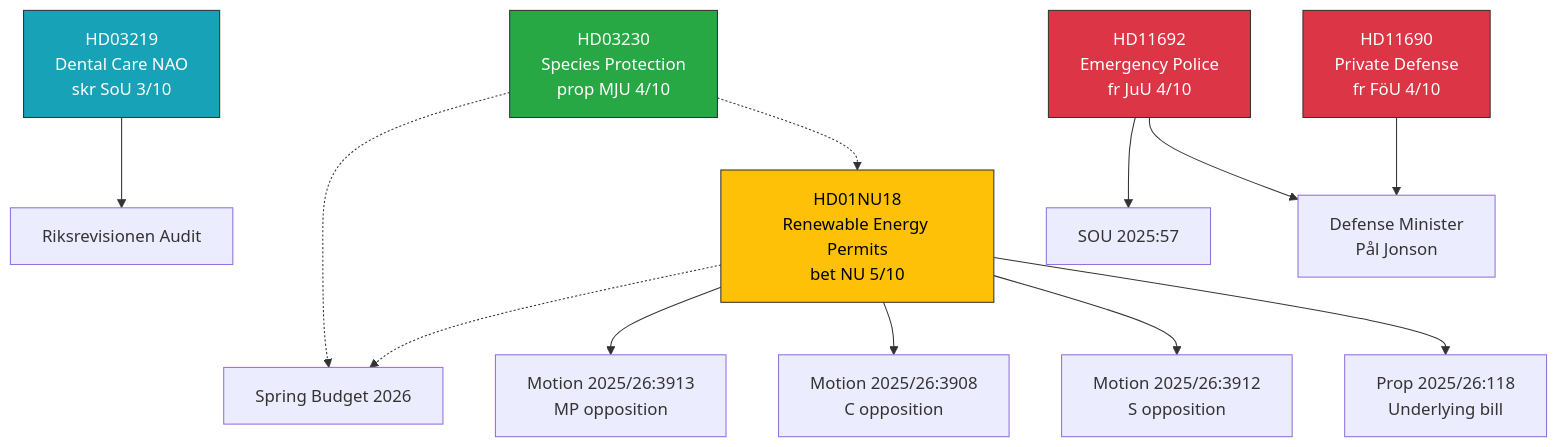
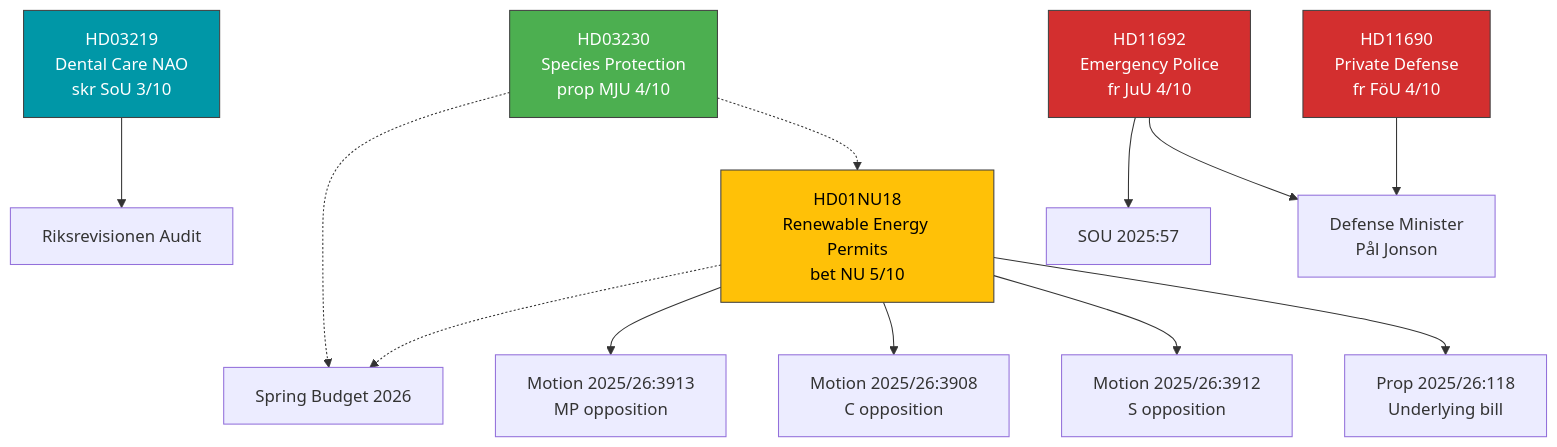
The diagram in analysis/daily/2026-04-08/realtime-1146/cross-reference-map.md (Hack23/riksdagsmonitor), drawn with Mermaid before and after one commit. The commit also changed 785 other files, not shown here.

First line of the commit message:
Normalize mermaid colors across 786 analysis artifacts to ISMS Style Guide palette

````diff
--- a/analysis/daily/2026-04-08/realtime-1146/cross-reference-map.md
+++ b/analysis/daily/2026-04-08/realtime-1146/cross-reference-map.md
@@ -11,19 +11,19 @@
 ```mermaid
 graph TD
     NU18["HD01NU18<br/>Renewable Energy Permits<br/>bet NU 5/10"] --> PROP118["Prop 2025/26:118<br/>Underlying bill"]
     NU18 --> MOT3912["Motion 2025/26:3912<br/>S opposition"]
     NU18 --> MOT3908["Motion 2025/26:3908<br/>C opposition"]
     NU18 --> MOT3913["Motion 2025/26:3913<br/>MP opposition"]
     HD03230["HD03230<br/>Species Protection<br/>prop MJU 4/10"] -.-> NU18
     HD03219["HD03219<br/>Dental Care NAO<br/>skr SoU 3/10"] --> NAO["Riksrevisionen Audit"]
     HD11690["HD11690<br/>Private Defense<br/>fr FöU 4/10"] --> DEFENSE["Defense Minister<br/>Pål Jonson"]
     HD11692["HD11692<br/>Emergency Police<br/>fr JuU 4/10"] --> DEFENSE
     HD11692 --> SOU["SOU 2025:57"]
     NU18 -.-> BUDGET["Spring Budget 2026"]
     HD03230 -.-> BUDGET
-    style NU18 fill:#ffc107,stroke:#333,color:#000
-    style HD03230 fill:#28a745,stroke:#333,color:#fff
-    style HD03219 fill:#17a2b8,stroke:#333,color:#fff
-    style HD11690 fill:#dc3545,stroke:#333,color:#fff
-    style HD11692 fill:#dc3545,stroke:#333,color:#fff
+    style NU18 fill:#FFC107,stroke:#424242,color:#000000
+    style HD03230 fill:#4CAF50,stroke:#424242,color:#FFFFFF
+    style HD03219 fill:#0097A7,stroke:#424242,color:#FFFFFF
+    style HD11690 fill:#D32F2F,stroke:#424242,color:#FFFFFF
+    style HD11692 fill:#D32F2F,stroke:#424242,color:#FFFFFF
 ```
````
